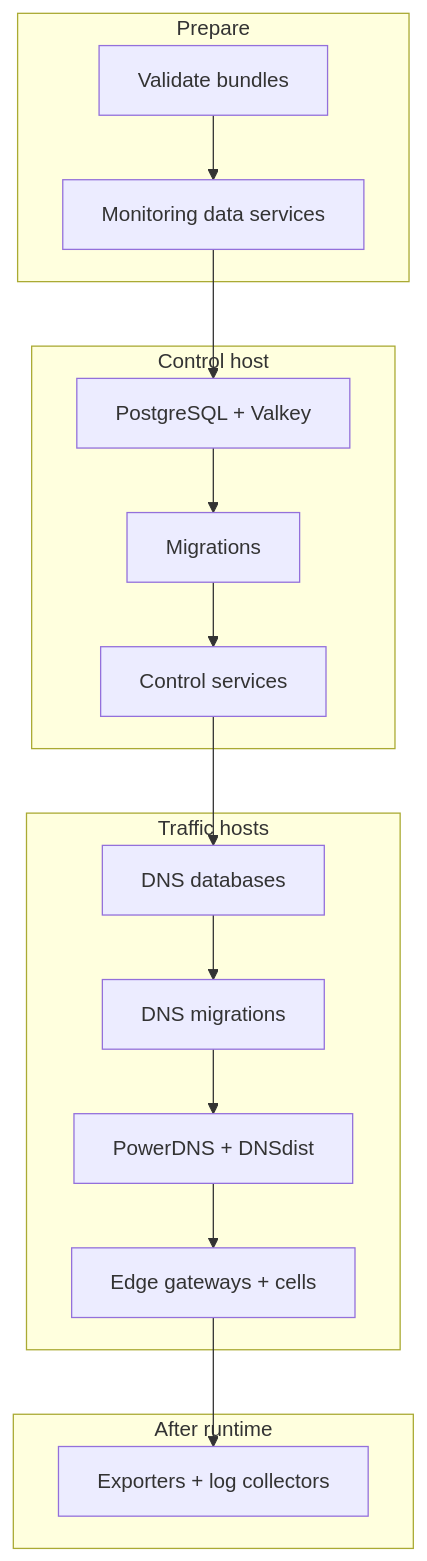
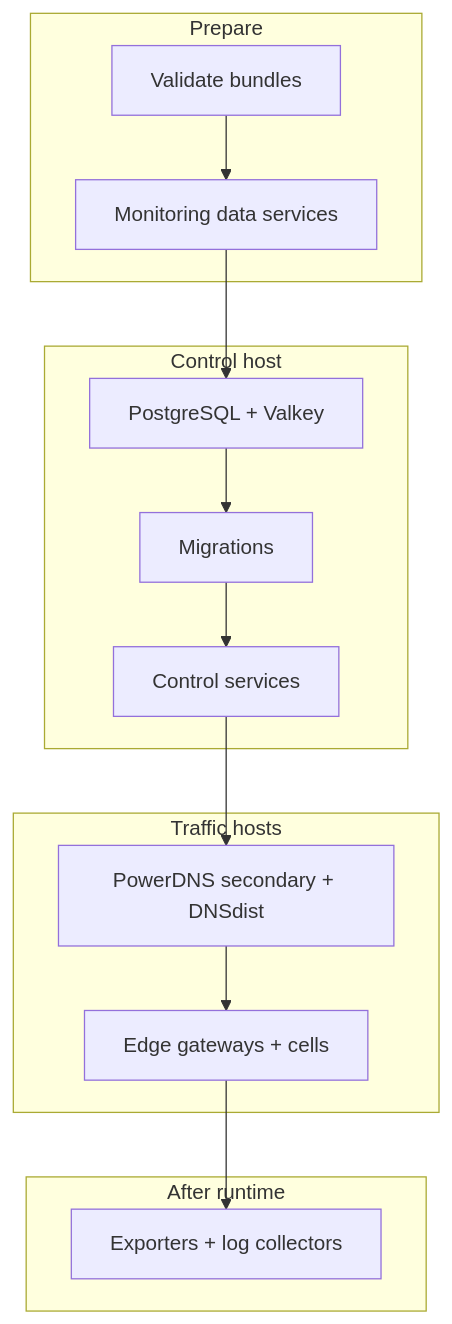
Before and after one commit to vaheed/CDNFoundry: the sixth of 7 diagrams in docs/deployment/production-fleet.md, drawn with Mermaid. The commit also changed other lines of this file and 11 other files, not shown here.

````diff
--- a/docs/deployment/production-fleet.md
+++ b/docs/deployment/production-fleet.md
@@ -150,16 +152,16 @@
 ```mermaid
 flowchart TD
     subgraph Prepare["Prepare"]
       V["Validate bundles"] --> M["Monitoring data services"]
     end
     subgraph Control["Control host"]
       M --> CDB["PostgreSQL + Valkey"] --> CM["Migrations"] --> CS["Control services"]
     end
     subgraph Runtime["Traffic hosts"]
-      CS --> DDB["DNS databases"] --> DM["DNS migrations"] --> DS["PowerDNS + DNSdist"]
+      CS --> DS["PowerDNS secondary + DNSdist"]
       DS --> ES["Edge gateways + cells"]
     end
     subgraph Observe["After runtime"]
       ES --> O["Exporters + log collectors"]
     end
 ```
````
